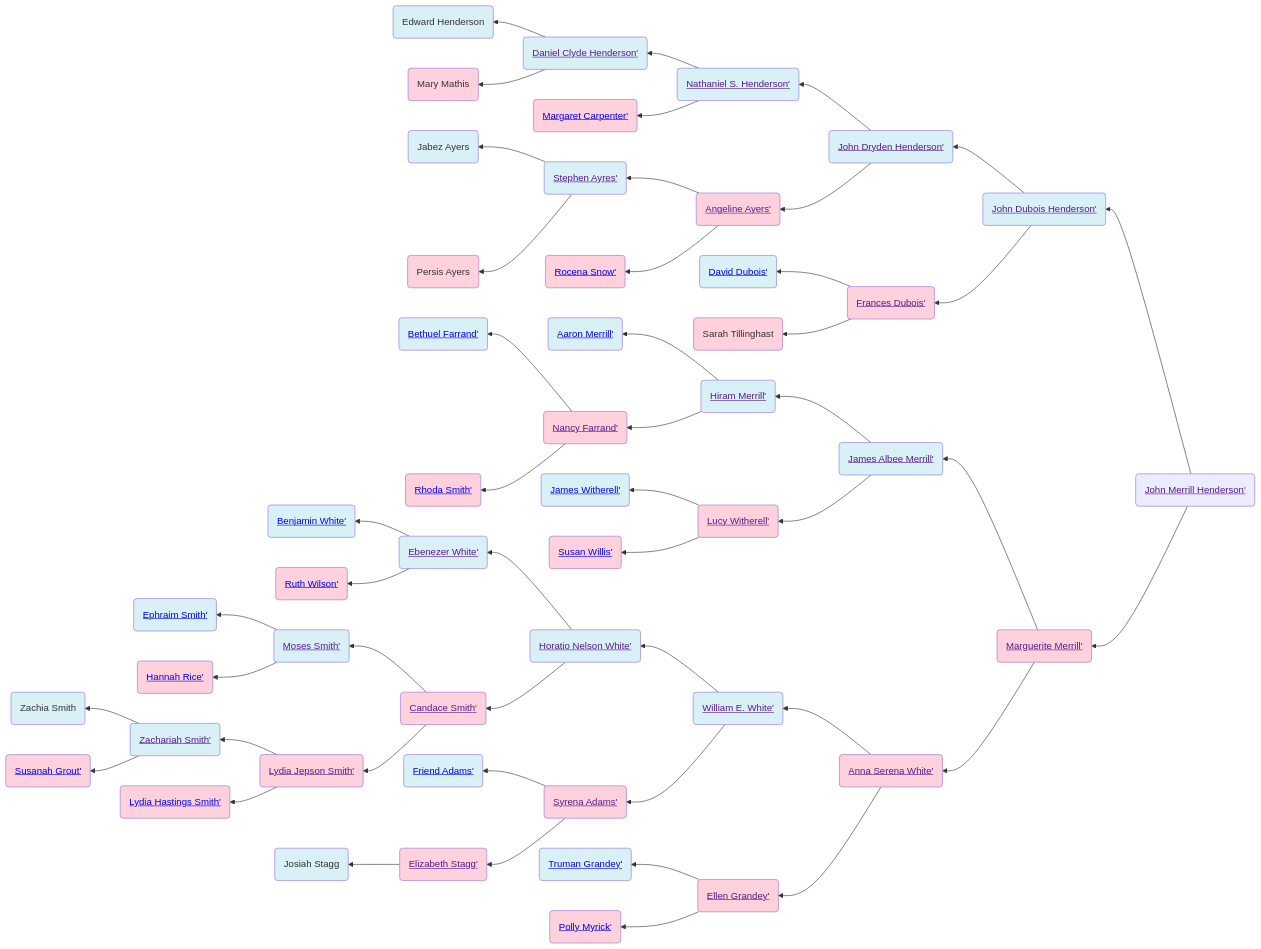
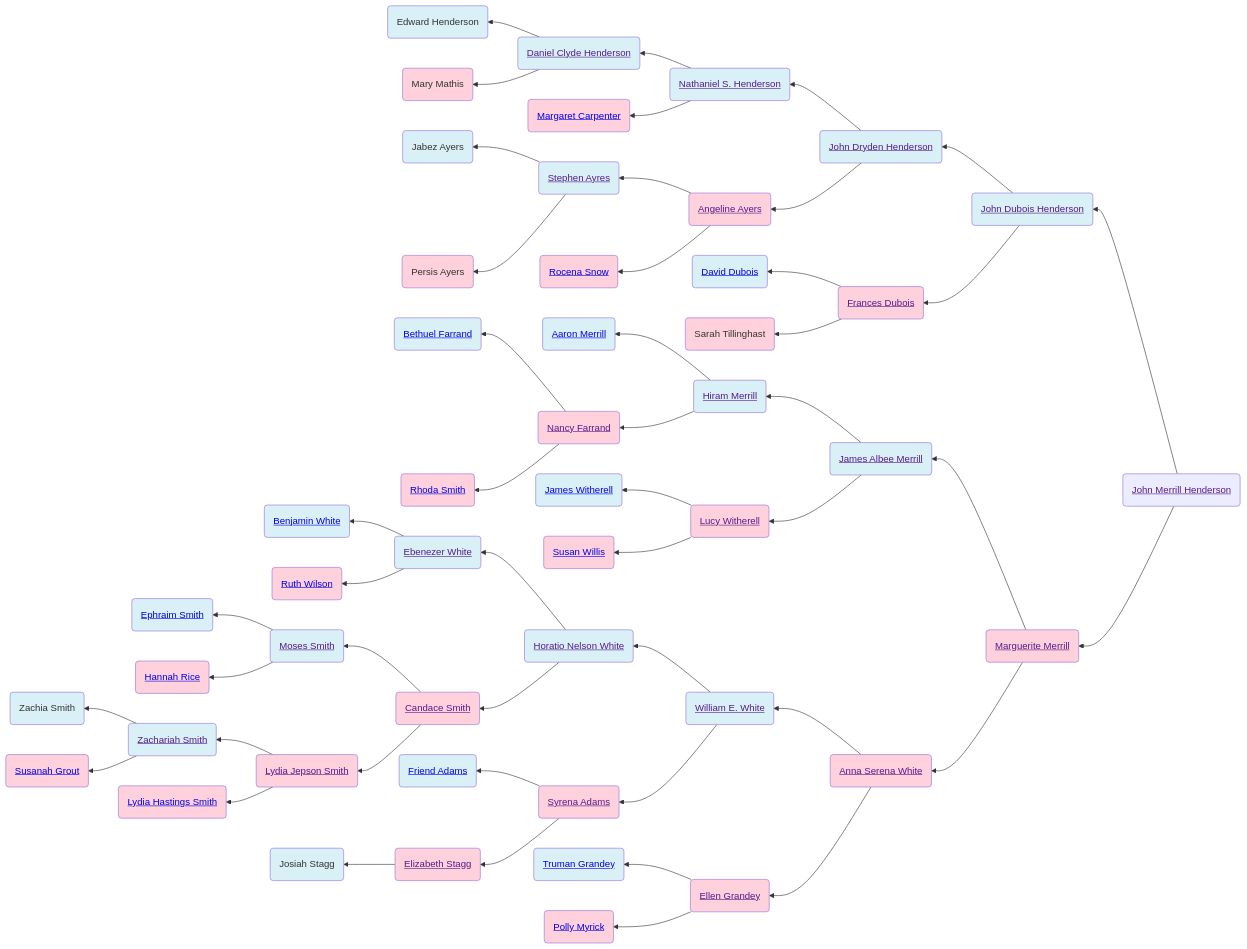
One commit to neelsmith/avocational changed the diagram in familyhistory/sources/people/Henderson-line/John_Merrill_Henderson.qmd. Above: the diagram before and after it, drawn with Mermaid. The commit also changed 96 other files, not shown here.

````diff
--- a/familyhistory/sources/people/Henderson-line/John_Merrill_Henderson.qmd
+++ b/familyhistory/sources/people/Henderson-line/John_Merrill_Henderson.qmd
@@ -19,96 +19,96 @@
 ```{mermaid}
 graph RL
 %% RL ancestor diagram
-John_Merrill_Henderson(<a href=''>John Merrill Henderson'</>) -->  John_Dubois_Henderson(<a href='./John_Dubois_Henderson.html'>John Dubois Henderson'</>)
-John_Dubois_Henderson(<a href=''>John Dubois Henderson'</>) -->  John_Dryden_Henderson(<a href='./John_Dryden_Henderson.html'>John Dryden Henderson'</>)
-John_Dryden_Henderson(<a href=''>John Dryden Henderson'</>) -->  Nathaniel_S._Henderson(<a href='./Nathaniel_S._Henderson.html'>Nathaniel S. Henderson'</>)
-Nathaniel_S._Henderson(<a href=''>Nathaniel S. Henderson'</>) -->  Daniel_Clyde_Henderson(<a href='./Daniel_Clyde_Henderson.html'>Daniel Clyde Henderson'</>)
-Daniel_Clyde_Henderson(<a href=''>Daniel Clyde Henderson'</>) -->  Edward_Henderson(Edward Henderson)
+John_Merrill_Henderson(<a href=''>John Merrill Henderson</a>) -->  John_Dubois_Henderson(<a href='./John_Dubois_Henderson.html'>John Dubois Henderson</a>)
+John_Dubois_Henderson(<a href=''>John Dubois Henderson</a>) -->  John_Dryden_Henderson(<a href='./John_Dryden_Henderson.html'>John Dryden Henderson</a>)
+John_Dryden_Henderson(<a href=''>John Dryden Henderson</a>) -->  Nathaniel_S._Henderson(<a href='./Nathaniel_S._Henderson.html'>Nathaniel S. Henderson</a>)
+Nathaniel_S._Henderson(<a href=''>Nathaniel S. Henderson</a>) -->  Daniel_Clyde_Henderson(<a href='./Daniel_Clyde_Henderson.html'>Daniel Clyde Henderson</a>)
+Daniel_Clyde_Henderson(<a href=''>Daniel Clyde Henderson</a>) -->  Edward_Henderson(Edward Henderson)
 class Edward_Henderson father
-Daniel_Clyde_Henderson(<a href=''>Daniel Clyde Henderson'</>)  --> Mary_Mathis(Mary Mathis)
+Daniel_Clyde_Henderson(<a href=''>Daniel Clyde Henderson</a>)  --> Mary_Mathis(Mary Mathis)
 class Mary_Mathis mother
 class Daniel_Clyde_Henderson father
-Nathaniel_S._Henderson(<a href=''>Nathaniel S. Henderson'</>)  --> Margaret_Carpenter(<a href='./Carpenter-line/Margaret_Carpenter.html'>Margaret Carpenter'</>)
+Nathaniel_S._Henderson(<a href=''>Nathaniel S. Henderson</a>)  --> Margaret_Carpenter(<a href='./Carpenter-line/Margaret_Carpenter.html'>Margaret Carpenter</a>)
 class Margaret_Carpenter mother
 class Nathaniel_S._Henderson father
-John_Dryden_Henderson(<a href=''>John Dryden Henderson'</>)  --> Angeline_Ayers(<a href='./Ayers-line/Angeline_Ayers.html'>Angeline Ayers'</>)
-Angeline_Ayers(<a href=''>Angeline Ayers'</>) -->  Stephen_Ayres(<a href='./Stephen_Ayres.html'>Stephen Ayres'</>)
-Stephen_Ayres(<a href=''>Stephen Ayres'</>) -->  Jabez_Ayers(Jabez Ayers)
+John_Dryden_Henderson(<a href=''>John Dryden Henderson</a>)  --> Angeline_Ayers(<a href='./Ayers-line/Angeline_Ayers.html'>Angeline Ayers</a>)
+Angeline_Ayers(<a href=''>Angeline Ayers</a>) -->  Stephen_Ayres(<a href='./Stephen_Ayres.html'>Stephen Ayres</a>)
+Stephen_Ayres(<a href=''>Stephen Ayres</a>) -->  Jabez_Ayers(Jabez Ayers)
 class Jabez_Ayers father
-Stephen_Ayres(<a href=''>Stephen Ayres'</>)  --> Persis_Ayers(Persis Ayers)
+Stephen_Ayres(<a href=''>Stephen Ayres</a>)  --> Persis_Ayers(Persis Ayers)
 class Persis_Ayers mother
 class Stephen_Ayres father
-Angeline_Ayers(<a href=''>Angeline Ayers'</>)  --> Rocena_Snow(<a href='./Rocena_Snow.html'>Rocena Snow'</>)
+Angeline_Ayers(<a href=''>Angeline Ayers</a>)  --> Rocena_Snow(<a href='./Rocena_Snow.html'>Rocena Snow</a>)
 class Rocena_Snow mother
 class Angeline_Ayers mother
 class John_Dryden_Henderson father
-John_Dubois_Henderson(<a href=''>John Dubois Henderson'</>)  --> Frances_Dubois(<a href='./Dubois-line/Frances_Dubois.html'>Frances Dubois'</>)
-Frances_Dubois(<a href=''>Frances Dubois'</>) -->  David_Dubois(<a href='./David_Dubois.html'>David Dubois'</>)
+John_Dubois_Henderson(<a href=''>John Dubois Henderson</a>)  --> Frances_Dubois(<a href='./Dubois-line/Frances_Dubois.html'>Frances Dubois</a>)
+Frances_Dubois(<a href=''>Frances Dubois</a>) -->  David_Dubois(<a href='./David_Dubois.html'>David Dubois</a>)
 class David_Dubois father
-Frances_Dubois(<a href=''>Frances Dubois'</>)  --> Sarah_Tillinghast(Sarah Tillinghast)
+Frances_Dubois(<a href=''>Frances Dubois</a>)  --> Sarah_Tillinghast(Sarah Tillinghast)
 class Sarah_Tillinghast mother
 class Frances_Dubois mother
 class John_Dubois_Henderson father
-John_Merrill_Henderson(<a href=''>John Merrill Henderson'</>)  --> Marguerite_Merrill(<a href='./../Merrill-line/Marguerite_Merrill.html'>Marguerite Merrill'</>)
-Marguerite_Merrill(<a href=''>Marguerite Merrill'</>) -->  James_Albee_Merrill(<a href='./James_Albee_Merrill.html'>James Albee Merrill'</>)
-James_Albee_Merrill(<a href=''>James Albee Merrill'</>) -->  Hiram_Merrill(<a href='./Hiram_Merrill.html'>Hiram Merrill'</>)
-Hiram_Merrill(<a href=''>Hiram Merrill'</>) -->  Aaron_Merrill(<a href='./Aaron_Merrill.html'>Aaron Merrill'</>)
+John_Merrill_Henderson(<a href=''>John Merrill Henderson</a>)  --> Marguerite_Merrill(<a href='./../Merrill-line/Marguerite_Merrill.html'>Marguerite Merrill</a>)
+Marguerite_Merrill(<a href=''>Marguerite Merrill</a>) -->  James_Albee_Merrill(<a href='./James_Albee_Merrill.html'>James Albee Merrill</a>)
+James_Albee_Merrill(<a href=''>James Albee Merrill</a>) -->  Hiram_Merrill(<a href='./Hiram_Merrill.html'>Hiram Merrill</a>)
+Hiram_Merrill(<a href=''>Hiram Merrill</a>) -->  Aaron_Merrill(<a href='./Aaron_Merrill.html'>Aaron Merrill</a>)
 class Aaron_Merrill father
-Hiram_Merrill(<a href=''>Hiram Merrill'</>)  --> Nancy_Farrand(<a href='./Nancy_Farrand.html'>Nancy Farrand'</>)
-Nancy_Farrand(<a href=''>Nancy Farrand'</>) -->  Bethuel_Farrand(<a href='./White-line/Grandey/Bethuel_Farrand.html'>Bethuel Farrand'</>)
+Hiram_Merrill(<a href=''>Hiram Merrill</a>)  --> Nancy_Farrand(<a href='./Nancy_Farrand.html'>Nancy Farrand</a>)
+Nancy_Farrand(<a href=''>Nancy Farrand</a>) -->  Bethuel_Farrand(<a href='./White-line/Grandey/Bethuel_Farrand.html'>Bethuel Farrand</a>)
 class Bethuel_Farrand father
-Nancy_Farrand(<a href=''>Nancy Farrand'</>)  --> Rhoda_Smith(<a href='./Rhoda_Smith.html'>Rhoda Smith'</>)
+Nancy_Farrand(<a href=''>Nancy Farrand</a>)  --> Rhoda_Smith(<a href='./Rhoda_Smith.html'>Rhoda Smith</a>)
 class Rhoda_Smith mother
 class Nancy_Farrand mother
 class Hiram_Merrill father
-James_Albee_Merrill(<a href=''>James Albee Merrill'</>)  --> Lucy_Witherell(<a href='./Lucy_Witherell.html'>Lucy Witherell'</>)
-Lucy_Witherell(<a href=''>Lucy Witherell'</>) -->  James_Witherell(<a href='./James_Witherell.html'>James Witherell'</>)
+James_Albee_Merrill(<a href=''>James Albee Merrill</a>)  --> Lucy_Witherell(<a href='./Lucy_Witherell.html'>Lucy Witherell</a>)
+Lucy_Witherell(<a href=''>Lucy Witherell</a>) -->  James_Witherell(<a href='./James_Witherell.html'>James Witherell</a>)
 class James_Witherell father
-Lucy_Witherell(<a href=''>Lucy Witherell'</>)  --> Susan_Willis(<a href='./Willis-line/Susan_Willis.html'>Susan Willis'</>)
+Lucy_Witherell(<a href=''>Lucy Witherell</a>)  --> Susan_Willis(<a href='./Willis-line/Susan_Willis.html'>Susan Willis</a>)
 class Susan_Willis mother
 class Lucy_Witherell mother
 class James_Albee_Merrill father
-Marguerite_Merrill(<a href=''>Marguerite Merrill'</>)  --> Anna_Serena_White(<a href='./White-line/Anna_Serena_White.html'>Anna Serena White'</>)
-Anna_Serena_White(<a href=''>Anna Serena White'</>) -->  William_E._White(<a href='./William_E._White.html'>William E. White'</>)
-William_E._White(<a href=''>William E. White'</>) -->  Horatio_Nelson_White(<a href='./Horatio_Nelson_White.html'>Horatio Nelson White'</>)
-Horatio_Nelson_White(<a href=''>Horatio Nelson White'</>) -->  Ebenezer_White(<a href='./Ebenezer_White.html'>Ebenezer White'</>)
-Ebenezer_White(<a href=''>Ebenezer White'</>) -->  Benjamin_White(<a href='./Benjamin_White.html'>Benjamin White'</>)
+Marguerite_Merrill(<a href=''>Marguerite Merrill</a>)  --> Anna_Serena_White(<a href='./White-line/Anna_Serena_White.html'>Anna Serena White</a>)
+Anna_Serena_White(<a href=''>Anna Serena White</a>) -->  William_E._White(<a href='./William_E._White.html'>William E. White</a>)
+William_E._White(<a href=''>William E. White</a>) -->  Horatio_Nelson_White(<a href='./Horatio_Nelson_White.html'>Horatio Nelson White</a>)
+Horatio_Nelson_White(<a href=''>Horatio Nelson White</a>) -->  Ebenezer_White(<a href='./Ebenezer_White.html'>Ebenezer White</a>)
+Ebenezer_White(<a href=''>Ebenezer White</a>) -->  Benjamin_White(<a href='./Benjamin_White.html'>Benjamin White</a>)
 class Benjamin_White father
-Ebenezer_White(<a href=''>Ebenezer White'</>)  --> Ruth_Wilson(<a href='./Wilson-line/Ruth_Wilson.html'>Ruth Wilson'</>)
+Ebenezer_White(<a href=''>Ebenezer White</a>)  --> Ruth_Wilson(<a href='./Wilson-line/Ruth_Wilson.html'>Ruth Wilson</a>)
 class Ruth_Wilson mother
 class Ebenezer_White father
-Horatio_Nelson_White(<a href=''>Horatio Nelson White'</>)  --> Candace_Smith(<a href='./Candace-Smith-line/Candace_Smith.html'>Candace Smith'</>)
-Candace_Smith(<a href=''>Candace Smith'</>) -->  Moses_Smith(<a href='./../../../Moses_Smith_connections/Moses_Smith.html'>Moses Smith'</>)
-Moses_Smith(<a href=''>Moses Smith'</>) -->  Ephraim_Smith(<a href='./../Merrill-line/White-line/Candace-Smith-line/Ephraim_Smith.html'>Ephraim Smith'</>)
+Horatio_Nelson_White(<a href=''>Horatio Nelson White</a>)  --> Candace_Smith(<a href='./Candace-Smith-line/Candace_Smith.html'>Candace Smith</a>)
+Candace_Smith(<a href=''>Candace Smith</a>) -->  Moses_Smith(<a href='./../../../Moses_Smith_connections/Moses_Smith.html'>Moses Smith</a>)
+Moses_Smith(<a href=''>Moses Smith</a>) -->  Ephraim_Smith(<a href='./../Merrill-line/White-line/Candace-Smith-line/Ephraim_Smith.html'>Ephraim Smith</a>)
 class Ephraim_Smith father
-Moses_Smith(<a href=''>Moses Smith'</>)  --> Hannah_Rice(<a href='./../Merrill-line/White-line/Candace-Smith-line/Hannah_Rice.html'>Hannah Rice'</>)
+Moses_Smith(<a href=''>Moses Smith</a>)  --> Hannah_Rice(<a href='./../Merrill-line/White-line/Candace-Smith-line/Hannah_Rice.html'>Hannah Rice</a>)
 class Hannah_Rice mother
 class Moses_Smith father
-Candace_Smith(<a href=''>Candace Smith'</>)  --> Lydia_Jepson_Smith(<a href='./Lydia_Jepson_Smith.html'>Lydia Jepson Smith'</>)
-Lydia_Jepson_Smith(<a href=''>Lydia Jepson Smith'</>) -->  Zachariah_Smith(<a href='./Zachariah_Smith.html'>Zachariah Smith'</>)
-Zachariah_Smith(<a href=''>Zachariah Smith'</>) -->  Zachia_Smith(Zachia Smith)
+Candace_Smith(<a href=''>Candace Smith</a>)  --> Lydia_Jepson_Smith(<a href='./Lydia_Jepson_Smith.html'>Lydia Jepson Smith</a>)
+Lydia_Jepson_Smith(<a href=''>Lydia Jepson Smith</a>) -->  Zachariah_Smith(<a href='./Zachariah_Smith.html'>Zachariah Smith</a>)
+Zachariah_Smith(<a href=''>Zachariah Smith</a>) -->  Zachia_Smith(Zachia Smith)
 class Zachia_Smith father
-Zachariah_Smith(<a href=''>Zachariah Smith'</>)  --> Susanah_Grout(<a href='./../../Susanah_Grout.html'>Susanah Grout'</>)
+Zachariah_Smith(<a href=''>Zachariah Smith</a>)  --> Susanah_Grout(<a href='./../../Susanah_Grout.html'>Susanah Grout</a>)
 class Susanah_Grout mother
 class Zachariah_Smith father
-Lydia_Jepson_Smith(<a href=''>Lydia Jepson Smith'</>)  --> Lydia_Hastings_Smith(<a href='./Lydia_Hastings_Smith.html'>Lydia Hastings Smith'</>)
+Lydia_Jepson_Smith(<a href=''>Lydia Jepson Smith</a>)  --> Lydia_Hastings_Smith(<a href='./Lydia_Hastings_Smith.html'>Lydia Hastings Smith</a>)
 class Lydia_Hastings_Smith mother
 class Lydia_Jepson_Smith mother
 class Candace_Smith mother
 class Horatio_Nelson_White father
-William_E._White(<a href=''>William E. White'</>)  --> Syrena_Adams(<a href='./Syrena_Adams.html'>Syrena Adams'</>)
-Syrena_Adams(<a href=''>Syrena Adams'</>) -->  Friend_Adams(<a href='./Friend_Adams.html'>Friend Adams'</>)
+William_E._White(<a href=''>William E. White</a>)  --> Syrena_Adams(<a href='./Syrena_Adams.html'>Syrena Adams</a>)
+Syrena_Adams(<a href=''>Syrena Adams</a>) -->  Friend_Adams(<a href='./Friend_Adams.html'>Friend Adams</a>)
 class Friend_Adams father
-Syrena_Adams(<a href=''>Syrena Adams'</>)  --> Elizabeth_Stagg(<a href='./Elizabeth_Stagg.html'>Elizabeth Stagg'</>)
-Elizabeth_Stagg(<a href=''>Elizabeth Stagg'</>) -->  Josiah_Stagg(Josiah Stagg)
+Syrena_Adams(<a href=''>Syrena Adams</a>)  --> Elizabeth_Stagg(<a href='./Elizabeth_Stagg.html'>Elizabeth Stagg</a>)
+Elizabeth_Stagg(<a href=''>Elizabeth Stagg</a>) -->  Josiah_Stagg(Josiah Stagg)
 class Josiah_Stagg father
 class Elizabeth_Stagg mother
 class Syrena_Adams mother
 class William_E._White father
-Anna_Serena_White(<a href=''>Anna Serena White'</>)  --> Ellen_Grandey(<a href='./../Grandey-line/Ellen_Grandey.html'>Ellen Grandey'</>)
-Ellen_Grandey(<a href=''>Ellen Grandey'</>) -->  Truman_Grandey(<a href='./Truman_Grandey.html'>Truman Grandey'</>)
+Anna_Serena_White(<a href=''>Anna Serena White</a>)  --> Ellen_Grandey(<a href='./../Grandey-line/Ellen_Grandey.html'>Ellen Grandey</a>)
+Ellen_Grandey(<a href=''>Ellen Grandey</a>) -->  Truman_Grandey(<a href='./Truman_Grandey.html'>Truman Grandey</a>)
 class Truman_Grandey father
-Ellen_Grandey(<a href=''>Ellen Grandey'</>)  --> Polly_Myrick(<a href='./../White-line/Grandey/Polly_Myrick.html'>Polly Myrick'</>)
+Ellen_Grandey(<a href=''>Ellen Grandey</a>)  --> Polly_Myrick(<a href='./../White-line/Grandey/Polly_Myrick.html'>Polly Myrick</a>)
 class Polly_Myrick mother
 class Ellen_Grandey mother
 class Anna_Serena_White mother
````
